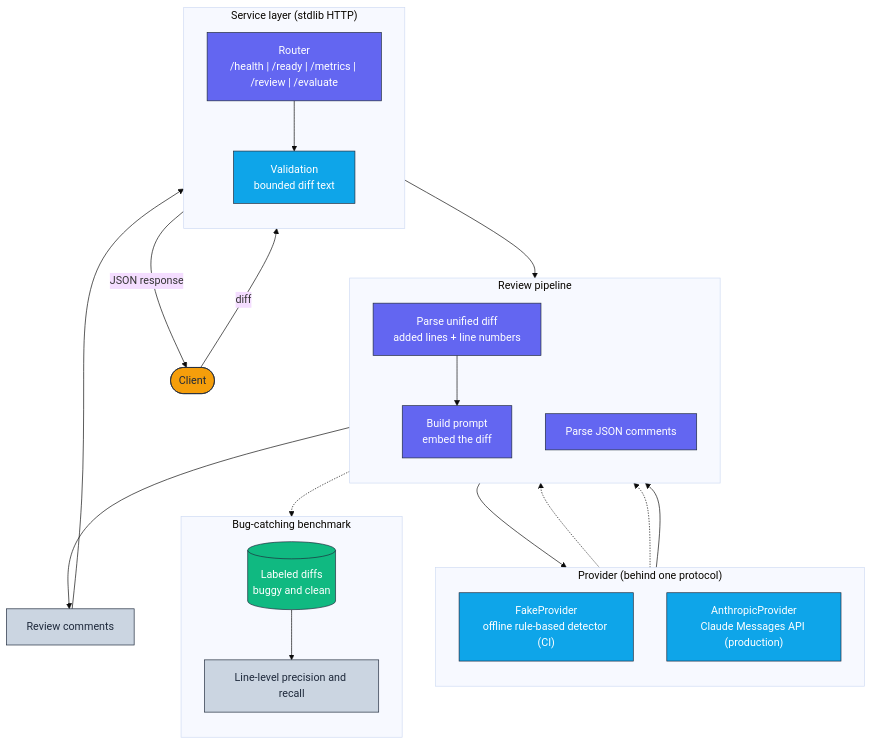
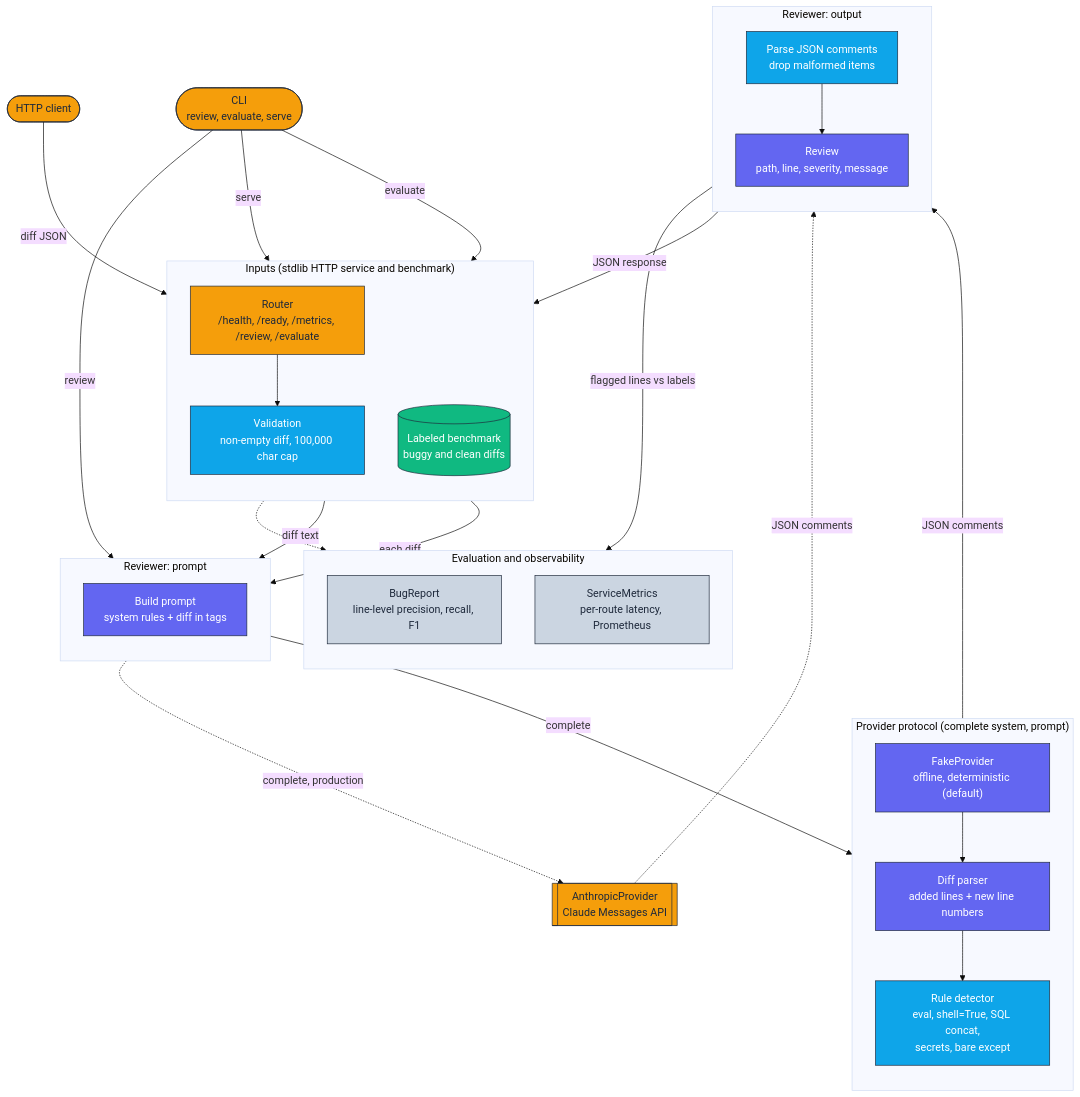
The diagram in docs/architecture/architecture.mmd (adeoluo/ai-code-reviewer), drawn with Mermaid (base theme) before and after one commit. The commit also changed 2 other files, not shown here.

Commit message:
docs: vertical layered architecture diagram

```diff
--- a/docs/architecture/architecture.mmd
+++ b/docs/architecture/architecture.mmd
@@ -1,44 +1,60 @@
 flowchart TD
     classDef edge     fill:#F59E0B,stroke:#1E293B,color:#1E293B,stroke-width:1px;
     classDef core     fill:#6366F1,stroke:#1E293B,color:#ffffff,stroke-width:1px;
     classDef data     fill:#10B981,stroke:#1E293B,color:#ffffff,stroke-width:1px;
     classDef control  fill:#0EA5E9,stroke:#1E293B,color:#ffffff,stroke-width:1px;
     classDef obs      fill:#CBD5E1,stroke:#1E293B,color:#1E293B,stroke-width:1px;
 
-    Client([Client]):::edge
+    Client(["HTTP client"]):::edge
+    CLI(["CLI<br/>review, evaluate, serve"]):::edge
 
-    subgraph Review["Review pipeline"]
+    subgraph Inputs["Inputs (stdlib HTTP service and benchmark)"]
         direction TB
-        Diff["Parse unified diff<br/>added lines + line numbers"]:::core
-        Prompt["Build prompt<br/>embed the diff"]:::core
-        Parse["Parse JSON comments"]:::core
+        Router["Router<br/>/health, /ready, /metrics, /review, /evaluate"]:::edge
+        Validate["Validation<br/>non-empty diff, 100,000 char cap"]:::control
+        Cases[("Labeled benchmark<br/>buggy and clean diffs")]:::data
     end
 
-    subgraph Providers["Provider (behind one protocol)"]
+    subgraph Prompting["Reviewer: prompt"]
         direction TB
-        Fake["FakeProvider<br/>offline rule-based detector (CI)"]:::control
-        Claude["AnthropicProvider<br/>Claude Messages API (production)"]:::control
+        Prompt["Build prompt<br/>system rules + diff in tags"]:::core
     end
 
-    subgraph Eval["Bug-catching benchmark"]
+    subgraph Providers["Provider protocol (complete system, prompt)"]
         direction TB
-        Cases[(Labeled diffs<br/>buggy and clean)]:::data
-        Score["Line-level precision and recall"]:::obs
+        Fake["FakeProvider<br/>offline, deterministic (default)"]:::core
+        Diff["Diff parser<br/>added lines + new line numbers"]:::core
+        Rules["Rule detector<br/>eval, shell=True, SQL concat,<br/>secrets, bare except"]:::control
     end
 
-    subgraph Edge["Service layer (stdlib HTTP)"]
+    Claude[["AnthropicProvider<br/>Claude Messages API"]]:::edge
+
+    subgraph Output["Reviewer: output"]
         direction TB
-        Router["Router<br/>/health | /ready | /metrics | /review | /evaluate"]:::core
-        Validate["Validation<br/>bounded diff text"]:::control
+        Parse["Parse JSON comments<br/>drop malformed items"]:::control
+        Result["Review<br/>path, line, severity, message"]:::core
     end
 
-    Result["Review comments"]:::obs
+    subgraph Evaluation["Evaluation and observability"]
+        direction TB
+        Report["BugReport<br/>line-level precision, recall, F1"]:::obs
+        Metrics["ServiceMetrics<br/>per-route latency, Prometheus"]:::obs
+    end
 
-    Diff --> Prompt --> Providers --> Parse
-    Fake -.-> Parse
-    Claude -.-> Parse
-    Cases --> Score
-    Parse -.-> Score
-    Client -->|diff| Router --> Validate --> Review
+    Client -->|diff JSON| Router
+    CLI -->|serve| Router
+    CLI -->|review| Prompt
+    CLI -->|evaluate| Cases
+    Router --> Validate
+    Validate -->|diff text| Prompt
+    Cases -->|each diff| Prompt
+    Prompt -->|complete| Fake
+    Prompt -.->|complete, production| Claude
+    Fake --> Diff
+    Diff --> Rules
+    Rules -->|JSON comments| Parse
+    Claude -.->|JSON comments| Parse
     Parse --> Result
-    Result --> Router -->|JSON response| Client
+    Result -->|flagged lines vs labels| Report
+    Result -->|JSON response| Router
+    Router -.-> Metrics
```
